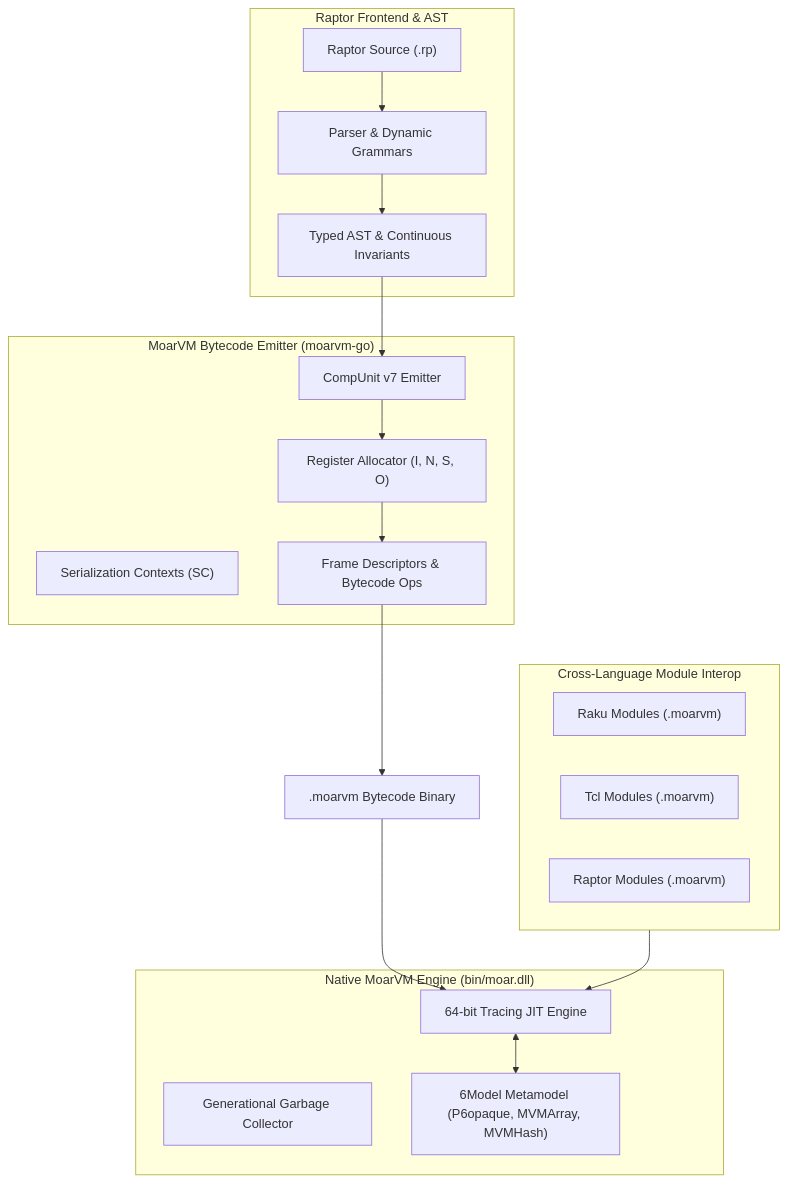
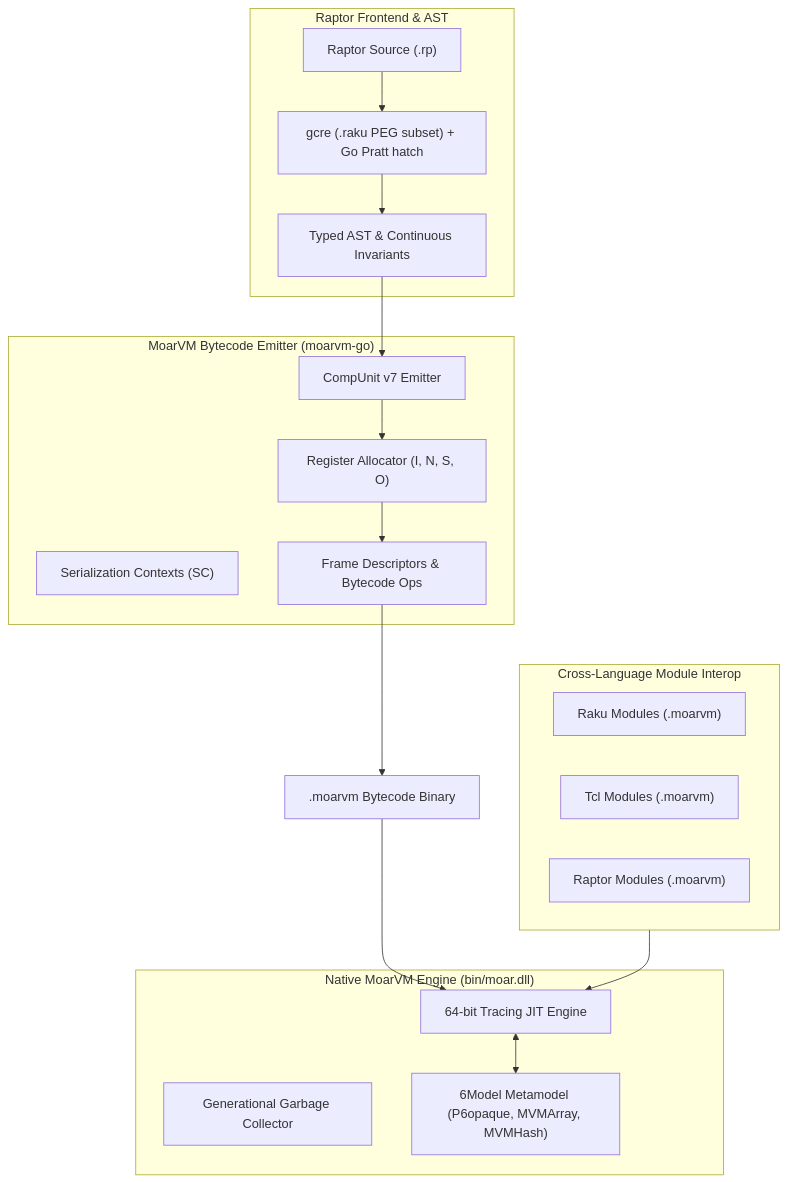
One commit to xyzzyapps/raptor changed the seventh of 7 diagrams in raptor/SPEC.md. Above: the diagram before and after it, drawn with Mermaid. The commit also changed other lines of this file and 31 other files, not shown here.

First line of the commit message:
Add gcre HOST_ hatch, faster Breakout, working pack, and rakupp benches.

````diff
--- a/raptor/SPEC.md
+++ b/raptor/SPEC.md
@@ -1244,29 +1272,29 @@
 ```mermaid
 flowchart TD
     subgraph Frontend["Raptor Frontend & AST"]
         Source["Raptor Source (.rp)"]
-        Parser["Parser & Dynamic Grammars"]
+        Parser["gcre (.raku PEG subset) + Go Pratt hatch"]
         AST["Typed AST & Continuous Invariants"]
     end
     subgraph Compiler["MoarVM Bytecode Emitter (moarvm-go)"]
         CompUnit["CompUnit v7 Emitter"]
         Registers["Register Allocator (I, N, S, O)"]
         SC["Serialization Contexts (SC)"]
         Frames["Frame Descriptors & Bytecode Ops"]
     end
     subgraph Runtime["Native MoarVM Engine (bin/moar.dll)"]
         JIT["64-bit Tracing JIT Engine"]
         GC["Generational Garbage Collector"]
         SixModel["6Model Metamodel (P6opaque, MVMArray, MVMHash)"]
     end
     subgraph Interop["Cross-Language Module Interop"]
         RakuMod["Raku Modules (.moarvm)"]
         TclMod["Tcl Modules (.moarvm)"]
         RaptorMod["Raptor Modules (.moarvm)"]
     end
     Source --> Parser --> AST --> CompUnit
     CompUnit --> Registers --> Frames --> BytecodeFile[".moarvm Bytecode Binary"]
     BytecodeFile --> JIT
     JIT <--> SixModel
     Interop --> JIT
 ```
````
